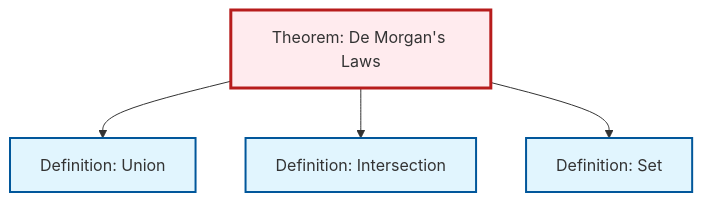
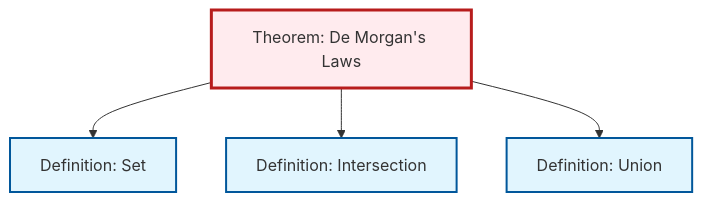
Before and after one commit to RK0429/ModernMath: the diagram in content/ja/logic-set-theory/thm-de-morgan.qmd, drawn with Mermaid. The commit also changed other lines of this file and 360 other files, not shown here.

````diff
--- a/content/ja/logic-set-theory/thm-de-morgan.qmd
+++ b/content/ja/logic-set-theory/thm-de-morgan.qmd
@@ -79,20 +79,20 @@
 ```{mermaid}
 %%| fig-cap: "Local dependency graph"
 graph TD
     classDef definition fill:#e1f5fe,stroke:#01579b,stroke-width:2px
     classDef theorem fill:#f3e5f5,stroke:#4a148c,stroke-width:2px
     classDef axiom fill:#fff3e0,stroke:#e65100,stroke-width:2px
     classDef example fill:#e8f5e9,stroke:#1b5e20,stroke-width:2px
     classDef current fill:#ffebee,stroke:#b71c1c,stroke-width:3px
+    def-set["Definition: Set"]:::definition
     def-intersection["Definition: Intersection"]:::definition
+    def-union["Definition: Union"]:::definition
     thm-de-morgan["Theorem: De Morgan's Laws"]:::theorem
-    def-set["Definition: Set"]:::definition
-    def-union["Definition: Union"]:::definition
+    thm-de-morgan --> def-set
+    thm-de-morgan --> def-intersection
     thm-de-morgan --> def-union
-    thm-de-morgan --> def-intersection
-    thm-de-morgan --> def-set
     class thm-de-morgan current
+    click def-set "def-set.html" "Definition: Setへ"
     click def-intersection "def-intersection.html" "Definition: Intersectionへ"
-    click def-set "def-set.html" "Definition: Setへ"
     click def-union "def-union.html" "Definition: Unionへ"
 ```
````
